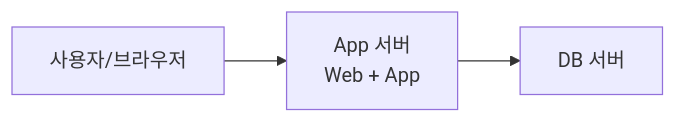
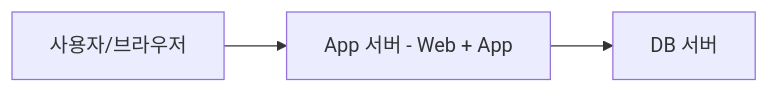
One commit to i31pc17/bitbook changed the second of 4 diagrams in AWS로 이해하는 클라우드 컴퓨팅 기초/8장. 서버 아키텍처의 기초 이해.md. Above: the diagram before and after it, drawn with Mermaid. The commit also changed other lines of this file and 1 other file, not shown here.

````diff
--- a/AWS로 이해하는 클라우드 컴퓨팅 기초/8장. 서버 아키텍처의 기초 이해.md
+++ b/AWS로 이해하는 클라우드 컴퓨팅 기초/8장. 서버 아키텍처의 기초 이해.md
@@ -193,5 +193,5 @@
 ```mermaid
 flowchart LR
-  U[사용자/브라우저] --> A[App 서버\nWeb + App]
-  A --> DB[DB 서버]
+    U["사용자/브라우저"] --> A["App 서버 - Web + App"]
+    A --> DB["DB 서버"]
 ```
````
